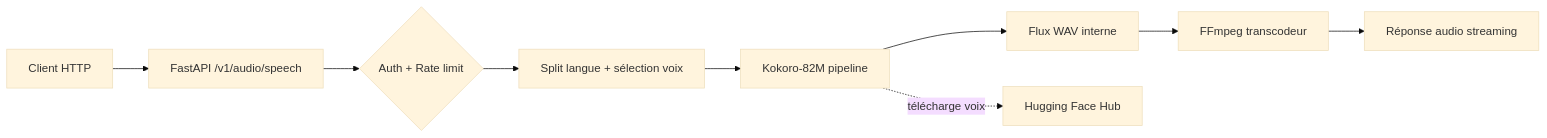
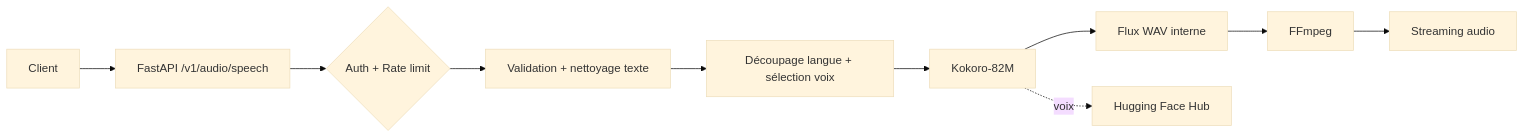
One commit to IA-Generative/api-txt2audio changed the diagram in docs/architecture.md. Above: the diagram before and after it, drawn with Mermaid (base theme). The commit also changed other lines of this file and 6 other files, not shown here.

````diff
--- a/docs/architecture.md
+++ b/docs/architecture.md
@@ -12,11 +21,12 @@
 ```mermaid
 flowchart LR
-  C[Client HTTP] --> A[FastAPI /v1/audio/speech]
+  C[Client] --> A[FastAPI /v1/audio/speech]
   A --> B{Auth + Rate limit}
-  B --> D[Split langue + sélection voix]
-  D --> E[Kokoro-82M pipeline]
-  E --> F[Flux WAV interne]
-  F --> G[FFmpeg transcodeur]
-  G --> H[Réponse audio streaming]
-  E -. télécharge voix .-> I[Hugging Face Hub]
+  B --> D[Validation + nettoyage texte]
+  D --> E[Découpage langue + sélection voix]
+  E --> F[Kokoro-82M]
+  F --> G[Flux WAV interne]
+  G --> H[FFmpeg]
+  H --> I[Streaming audio]
+  F -. voix .-> J[Hugging Face Hub]
 ```
````
